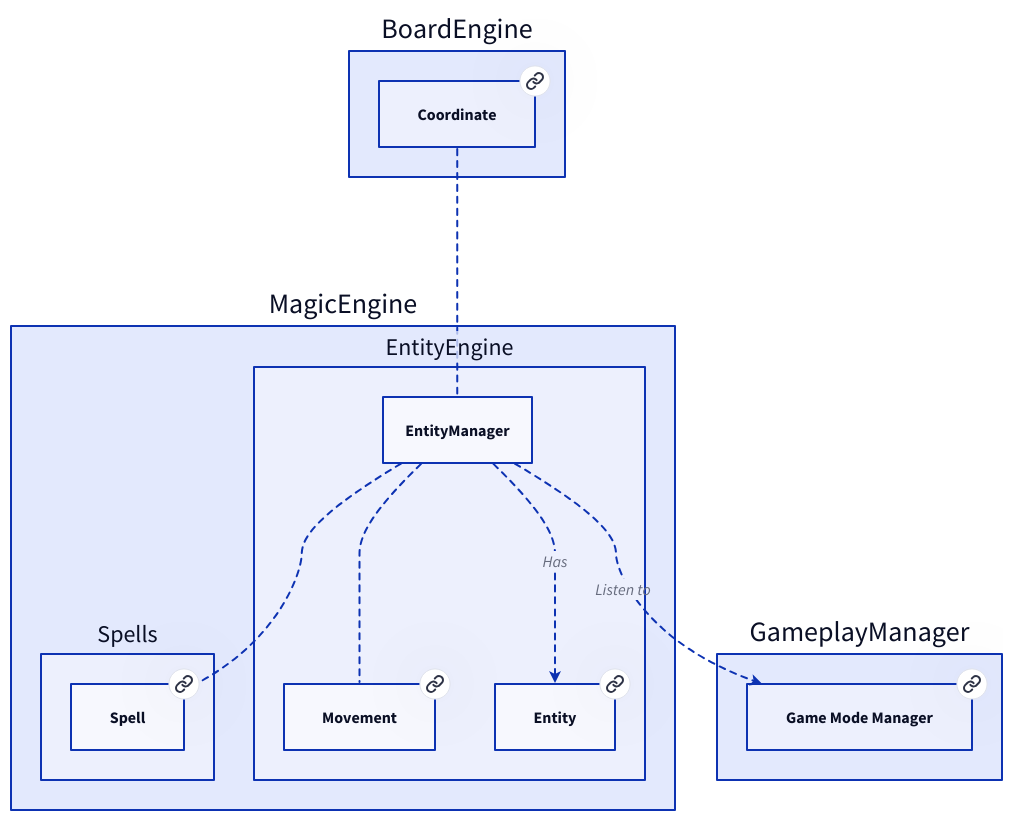
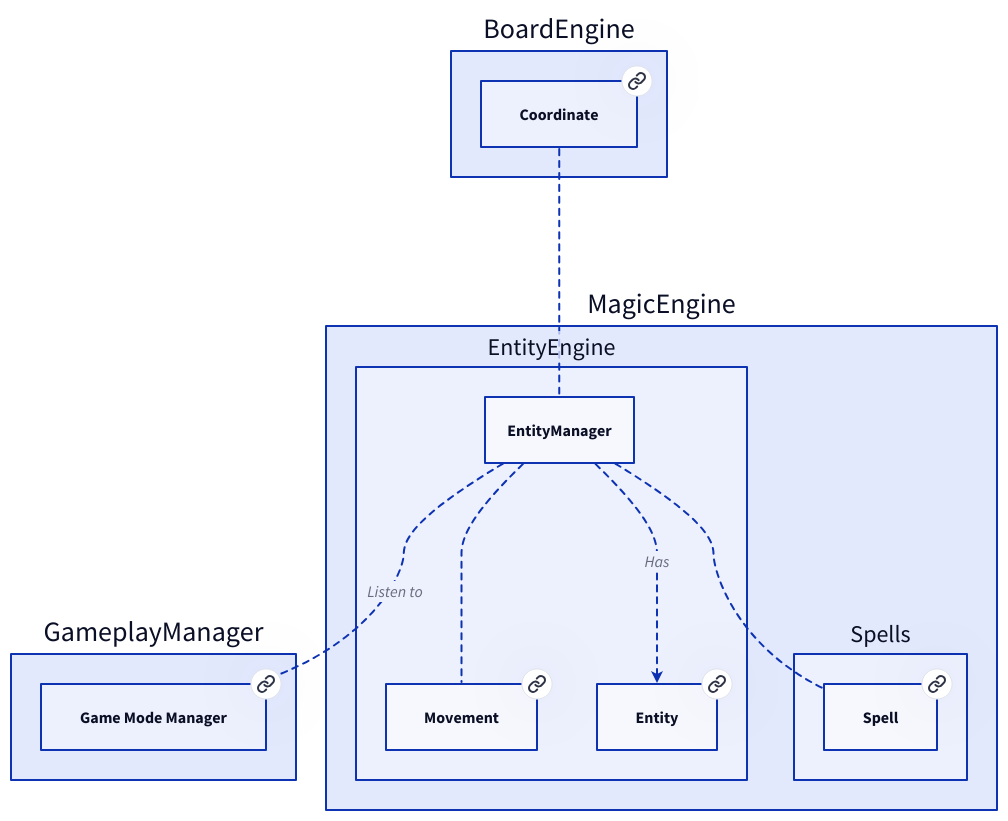
The diagram in doc/MagicEngine/EntityEngine/EntityManager.md (Portevent/Brume-Documentation), drawn with D2 before and after one commit. The commit also changed other lines of this file and 79 other files, not shown here.

````diff
--- a/doc/MagicEngine/EntityEngine/EntityManager.md
+++ b/doc/MagicEngine/EntityEngine/EntityManager.md
@@ -13,42 +13,42 @@
 ```d2
 # Nodes :
+GameplayManager: {
+    GameModeManager: Game Mode Manager {
+       link: GameModeManager
+    }
+}
 BoardEngine: {
     Coordinate: Coordinate {
        link: Coordinate
     }
 }
 MagicEngine: {
-    Spells: {
-        Spell: Spell {
-           link: Spell
-        }
-    }
     EntityEngine: {
         Movement: Movement {
            link: Movement
         }
         Entity: Entity {
            link: Entity
         }
     }
-}
-GameplayManager: {
-    GameModeManager: Game Mode Manager {
-       link: GameModeManager
+    Spells: {
+        Spell: Spell {
+           link: Spell
+        }
     }
 }
 
 # Links :
 BoardEngine.Coordinate -- MagicEngine.EntityEngine.EntityManager: {style.stroke-dash: 3}
 MagicEngine.EntityEngine.EntityManager -- MagicEngine.EntityEngine.Movement: {style.stroke-dash: 3}
 MagicEngine.EntityEngine.EntityManager -- MagicEngine.Spells.Spell: {style.stroke-dash: 3}
-MagicEngine.EntityEngine.EntityManager -> MagicEngine.EntityEngine.Entity: Has {style.stroke-dash: 3
+MagicEngine.EntityEngine.EntityManager -> GameplayManager.GameModeManager: Listen to {style.stroke-dash: 3
 source-arrowhead: {}
 target-arrowhead: {shape: arrow}
 }
-MagicEngine.EntityEngine.EntityManager -> GameplayManager.GameModeManager: Listen to {style.stroke-dash: 3
+MagicEngine.EntityEngine.EntityManager -> MagicEngine.EntityEngine.Entity: Has {style.stroke-dash: 3
 source-arrowhead: {}
 target-arrowhead: {shape: arrow}
 }
 
 ```
````
